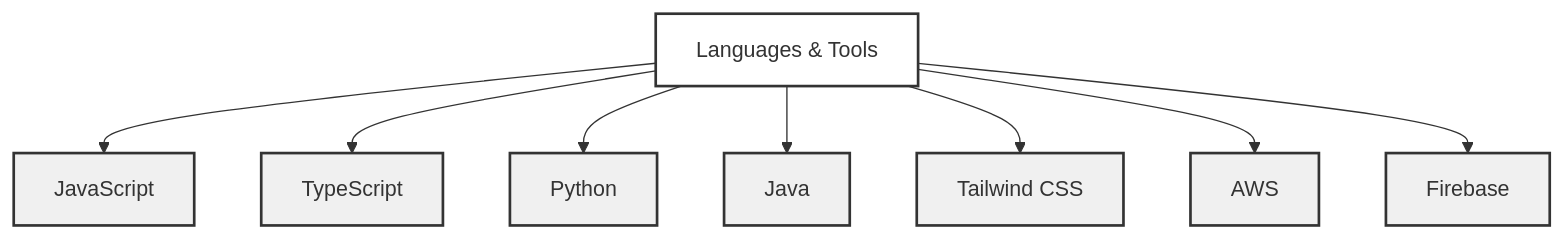
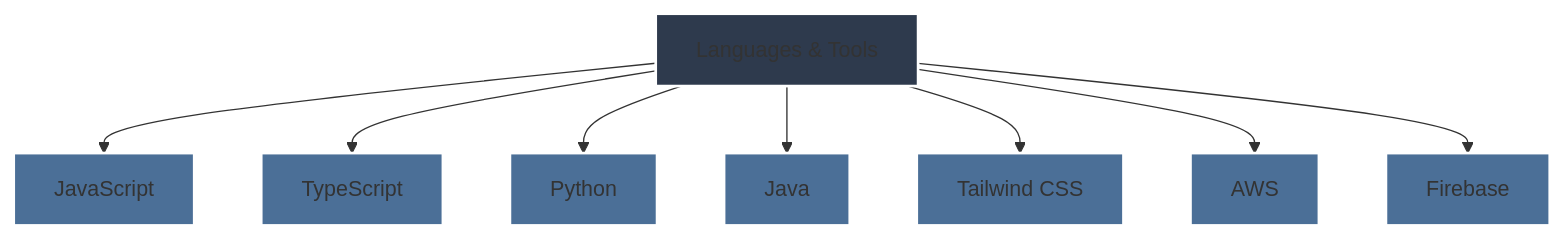
One commit to Abenu-Y/Abenu-Y changed the second of 2 diagrams in README.md. Above: the diagram before and after it, drawn with Mermaid.

````diff
--- a/README.md
+++ b/README.md
@@ -32,19 +32,19 @@
 ```mermaid
 graph TD;
     A[Languages & Tools] --> B[JavaScript]
     A --> C[TypeScript]
     A --> D[Python]
     A --> E[Java]
     A --> F[Tailwind CSS]
     A --> G[AWS]
     A --> H[Firebase]
     
-    style A fill:#ffffff,stroke:#333,stroke-width:2px;
-    style B fill:#f0f0f0,stroke:#333,stroke-width:2px;
-    style C fill:#f0f0f0,stroke:#333,stroke-width:2px;
-    style D fill:#f0f0f0,stroke:#333,stroke-width:2px;
-    style E fill:#f0f0f0,stroke:#333,stroke-width:2px;
-    style F fill:#f0f0f0,stroke:#333,stroke-width:2px;
-    style G fill:#f0f0f0,stroke:#333,stroke-width:2px;
-    style H fill:#f0f0f0,stroke:#333,stroke-width:2px;
+    style A fill:#2E3A4D,stroke:#FFFFFF,stroke-width:2px;
+    style B fill:#4B6F97,stroke:#FFFFFF,stroke-width:2px;
+    style C fill:#4B6F97,stroke:#FFFFFF,stroke-width:2px;
+    style D fill:#4B6F97,stroke:#FFFFFF,stroke-width:2px;
+    style E fill:#4B6F97,stroke:#FFFFFF,stroke-width:2px;
+    style F fill:#4B6F97,stroke:#FFFFFF,stroke-width:2px;
+    style G fill:#4B6F97,stroke:#FFFFFF,stroke-width:2px;
+    style H fill:#4B6F97,stroke:#FFFFFF,stroke-width:2px;
 ```
````
